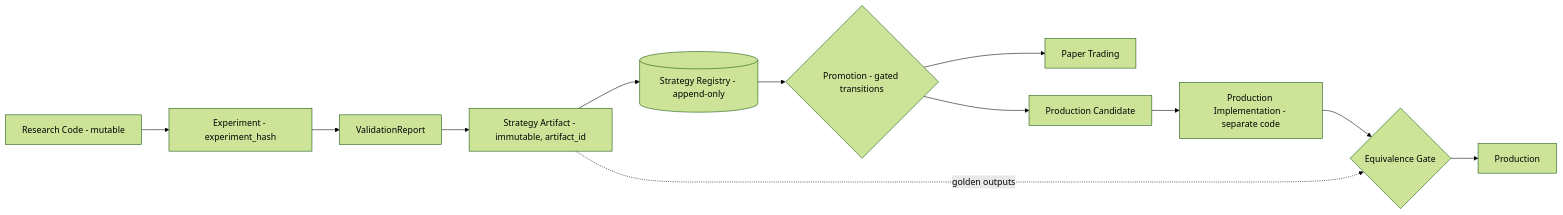
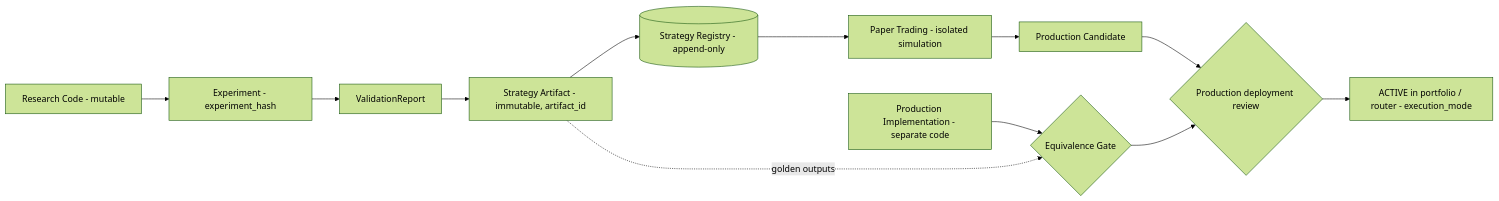
The diagram in docs/adr/0005-research-production-boundary.md (raphael2025/hlens-autoresearch), drawn with Mermaid (forest theme) before and after one commit. The commit also changed other lines of this file and 5 other files, not shown here.

````diff
--- a/docs/adr/0005-research-production-boundary.md
+++ b/docs/adr/0005-research-production-boundary.md
@@ -30,14 +32,14 @@
 ```mermaid
 flowchart LR
     RC[Research Code - mutable] --> EXP[Experiment - experiment_hash]
     EXP --> VAL[ValidationReport]
     VAL --> ART[Strategy Artifact - immutable, artifact_id]
     ART --> REG[(Strategy Registry - append-only)]
-    REG --> PROMO{Promotion - gated transitions}
-    PROMO --> PAPER[Paper Trading]
-    PROMO --> PC[Production Candidate]
-    PC --> PIMPL[Production Implementation - separate code]
-    PIMPL --> EQ{Equivalence Gate}
-    EQ --> PROD[Production]
+    REG --> PAPER[Paper Trading - isolated simulation]
+    PAPER --> PC[Production Candidate]
+    PC --> REVIEW{Production deployment review}
+    PIMPL[Production Implementation - separate code] --> EQ{Equivalence Gate}
+    EQ --> REVIEW
+    REVIEW --> ACTIVE[ACTIVE in portfolio / router - execution_mode]
     ART -. golden outputs .-> EQ
 ```
````
